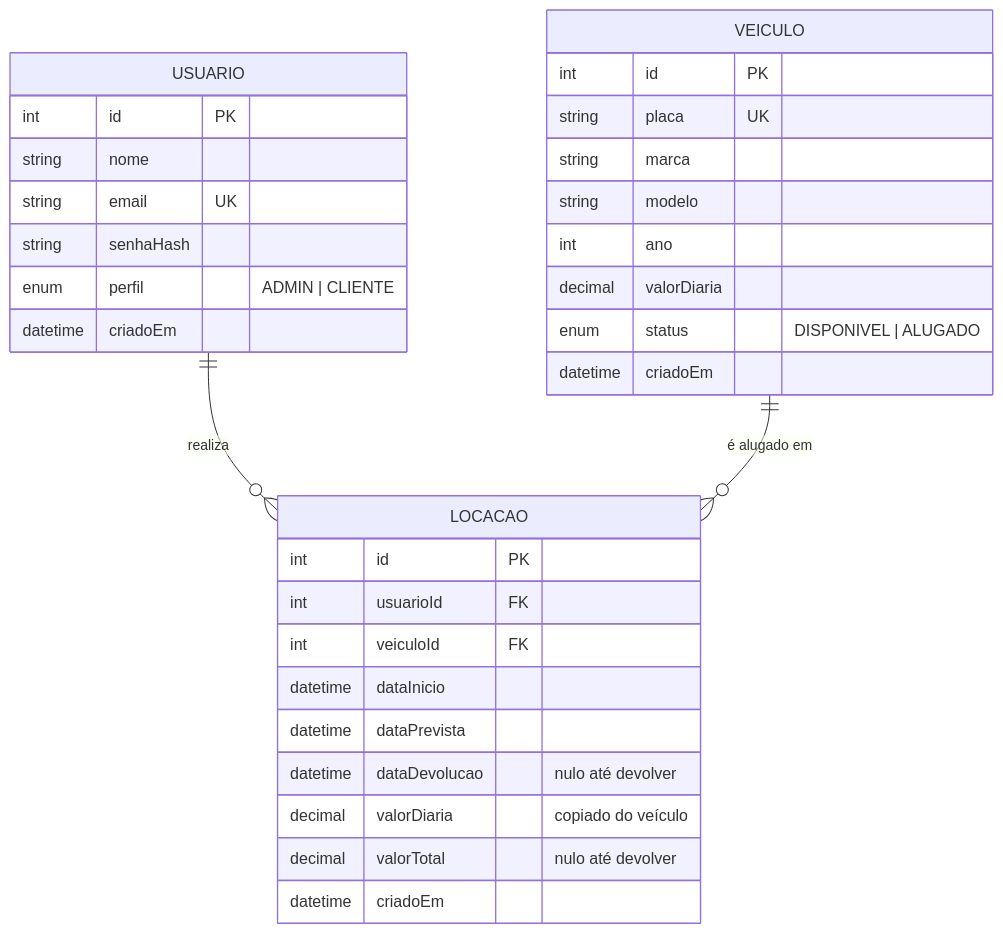
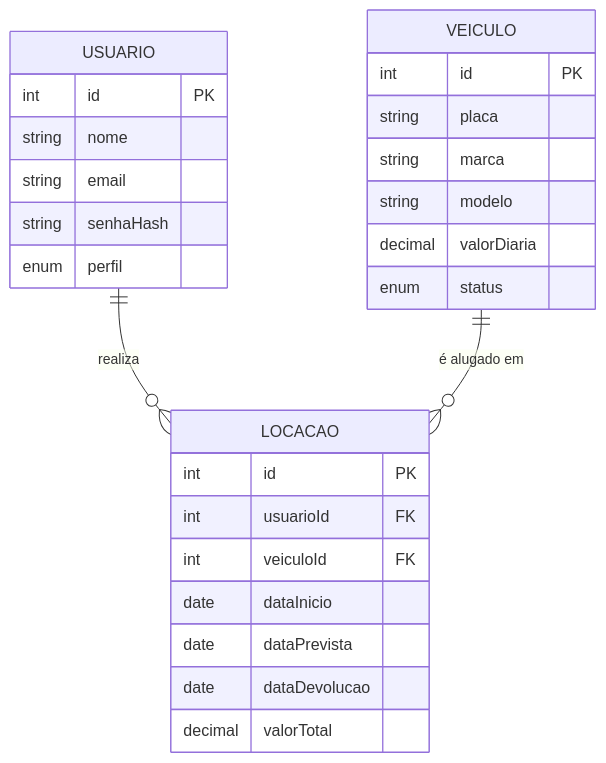
The first of 2 diagrams in docs/diagramas.md (S3NA7/locacao-veiculos), drawn with Mermaid before and after one commit. The commit also changed other lines of this file, not shown here.

Commit message:
docs: diagramas enxutos para desenhar à mão

````diff
--- a/docs/diagramas.md
+++ b/docs/diagramas.md
@@ -7,37 +7,32 @@
 ```mermaid
 erDiagram
-    USUARIO ||--o{ LOCACAO : "realiza"
+    USUARIO ||--o{ LOCACAO : realiza
     VEICULO ||--o{ LOCACAO : "é alugado em"
 
     USUARIO {
         int id PK
         string nome
-        string email UK
+        string email
         string senhaHash
-        enum perfil "ADMIN | CLIENTE"
-        datetime criadoEm
+        enum perfil
     }
 
     VEICULO {
         int id PK
-        string placa UK
+        string placa
         string marca
         string modelo
-        int ano
         decimal valorDiaria
-        enum status "DISPONIVEL | ALUGADO"
-        datetime criadoEm
+        enum status
     }
 
     LOCACAO {
         int id PK
         int usuarioId FK
         int veiculoId FK
-        datetime dataInicio
-        datetime dataPrevista
-        datetime dataDevolucao "nulo até devolver"
-        decimal valorDiaria "copiado do veículo"
-        decimal valorTotal "nulo até devolver"
-        datetime criadoEm
+        date dataInicio
+        date dataPrevista
+        date dataDevolucao
+        decimal valorTotal
     }
 ```
````
